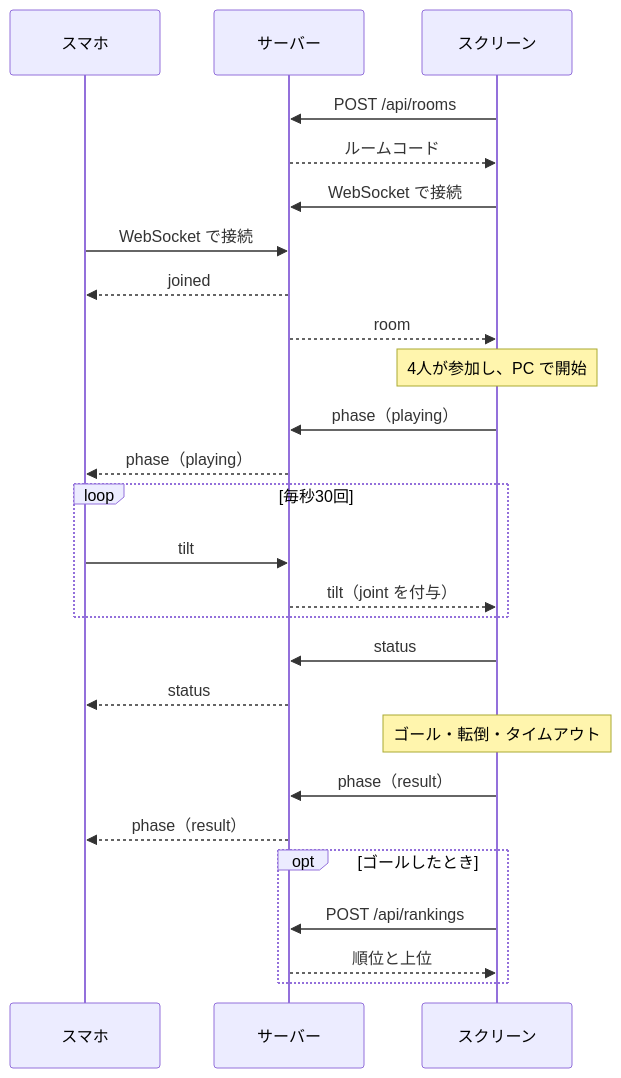
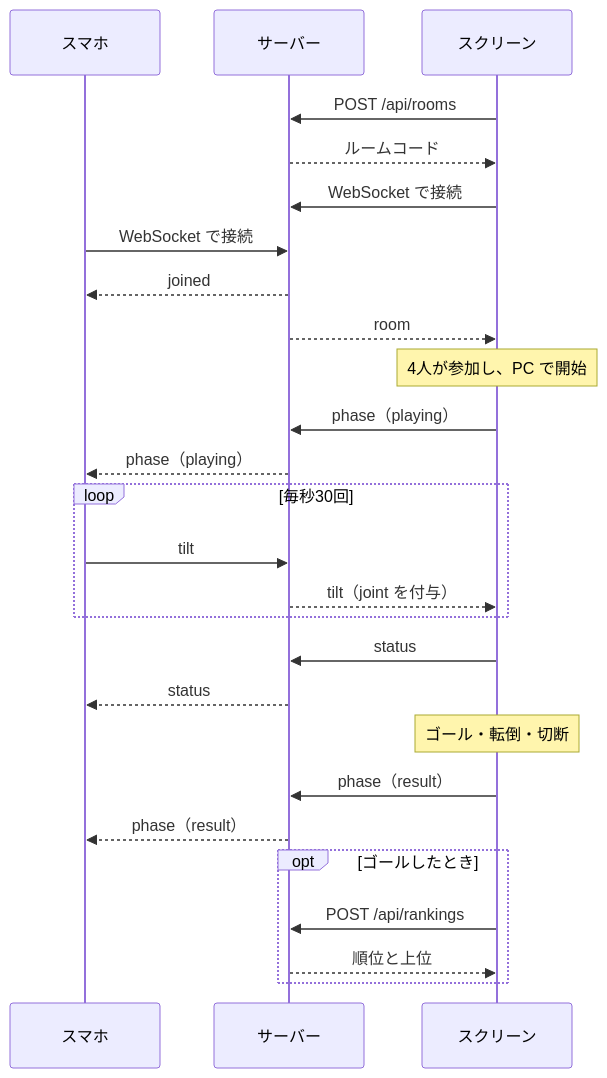
One commit to Tanakee/funyaoji changed the diagram in docs/api.md. Above: the diagram before and after it, drawn with Mermaid. The commit also changed other lines of this file and 8 other files, not shown here.

````diff
--- a/docs/api.md
+++ b/docs/api.md
@@ -9,28 +9,28 @@
 ```mermaid
 sequenceDiagram
   participant P as スマホ
   participant S as サーバー
   participant C as スクリーン
   C->>S: POST /api/rooms
   S-->>C: ルームコード
   C->>S: WebSocket で接続
   P->>S: WebSocket で接続
   S-->>P: joined
   S-->>C: room
   Note over C: 4人が参加し、PC で開始
   C->>S: phase（playing）
   S-->>P: phase（playing）
   loop 毎秒30回
     P->>S: tilt
     S-->>C: tilt（joint を付与）
   end
   C->>S: status
   S-->>P: status
-  Note over C: ゴール・転倒・タイムアウト
+  Note over C: ゴール・転倒・切断
   C->>S: phase（result）
   S-->>P: phase（result）
   opt ゴールしたとき
     C->>S: POST /api/rankings
     S-->>C: 順位と上位
   end
 ```
````
